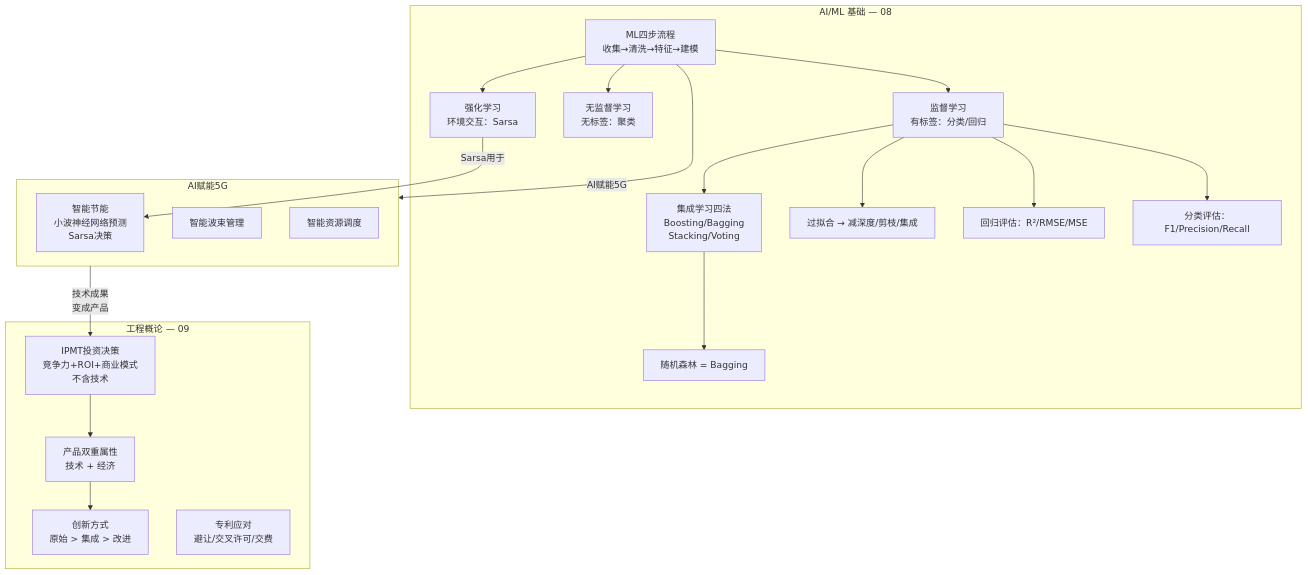
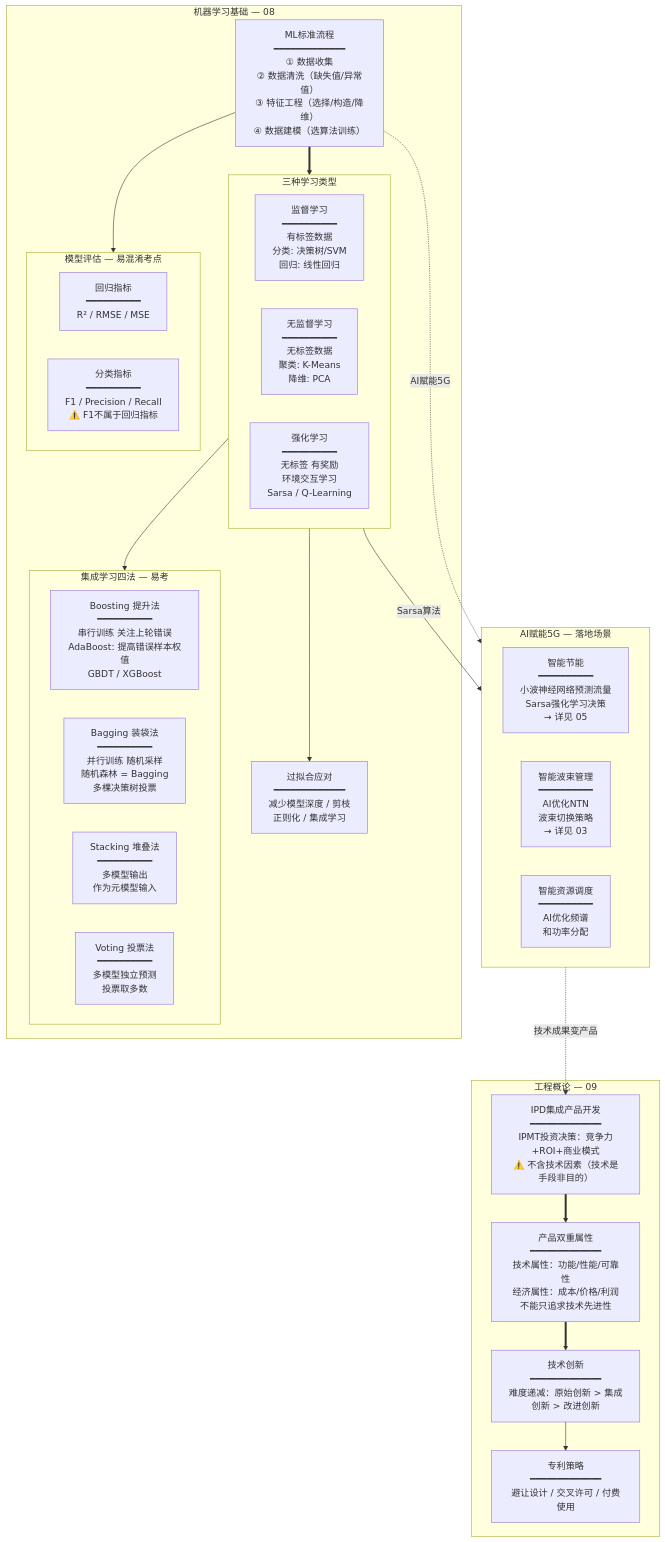
The fifth of 6 diagrams in 课程笔记/00-逻辑导图与记忆手册.md (luckywangyi/dtcup-2026-prep), drawn with Mermaid before and after one commit. The commit also changed other lines of this file and 40 other files, not shown here.

````diff
--- a/课程笔记/00-逻辑导图与记忆手册.md
+++ b/课程笔记/00-逻辑导图与记忆手册.md
@@ -328,39 +342,53 @@
 ```mermaid
-graph TD
-  subgraph ai [AI/ML 基础 — 08]
-    ml_flow["ML四步流程<br/>收集→清洗→特征→建模"]
-    supervised["监督学习<br/>有标签：分类/回归"]
-    unsupervised["无监督学习<br/>无标签：聚类"]
-    rl["强化学习<br/>环境交互：Sarsa"]
-    ensemble["集成学习四法<br/>Boosting/Bagging<br/>Stacking/Voting"]
-    rf["随机森林 = Bagging"]
-    overfit["过拟合 → 减深度/剪枝/集成"]
-    eval_reg["回归评估：R²/RMSE/MSE"]
-    eval_cls["分类评估：F1/Precision/Recall"]
-    ml_flow --> supervised
-    ml_flow --> unsupervised
-    ml_flow --> rl
-    supervised --> ensemble --> rf
+graph TB
+  subgraph ai [机器学习基础 — 08]
+    ml_flow["ML标准流程<br/>━━━━━━━━━━━━━<br/>① 数据收集<br/>② 数据清洗（缺失值/异常值）<br/>③ 特征工程（选择/构造/降维）<br/>④ 数据建模（选算法训练）"]
+
+    subgraph learnTypes [三种学习类型]
+      direction LR
+      supervised["监督学习<br/>━━━━━━━━━━<br/>有标签数据<br/>分类: 决策树/SVM<br/>回归: 线性回归"]
+      unsupervised["无监督学习<br/>━━━━━━━━━━<br/>无标签数据<br/>聚类: K-Means<br/>降维: PCA"]
+      rl["强化学习<br/>━━━━━━━━━━<br/>无标签 有奖励<br/>环境交互学习<br/>Sarsa / Q-Learning"]
+    end
+
+    subgraph ensemble_block [集成学习四法 — 易考]
+      direction LR
+      boosting["Boosting 提升法<br/>━━━━━━━━━━<br/>串行训练 关注上轮错误<br/>AdaBoost: 提高错误样本权值<br/>GBDT / XGBoost"]
+      bagging["Bagging 装袋法<br/>━━━━━━━━━━<br/>并行训练 随机采样<br/>随机森林 = Bagging<br/>多棵决策树投票"]
+      stacking["Stacking 堆叠法<br/>━━━━━━━━━━<br/>多模型输出<br/>作为元模型输入"]
+      voting["Voting 投票法<br/>━━━━━━━━━━<br/>多模型独立预测<br/>投票取多数"]
+    end
+
+    subgraph evalBlock [模型评估 — 易混淆考点]
+      direction LR
+      eval_reg["回归指标<br/>━━━━━━━━━━<br/>R² / RMSE / MSE"]
+      eval_cls["分类指标<br/>━━━━━━━━━━<br/>F1 / Precision / Recall<br/>⚠️ F1不属于回归指标"]
+    end
+
+    overfit["过拟合应对<br/>━━━━━━━━━━━━━<br/>减少模型深度 / 剪枝<br/>正则化 / 集成学习"]
+
+    ml_flow ==> learnTypes
+    supervised --> ensemble_block
     supervised --> overfit
-    supervised --> eval_reg
-    supervised --> eval_cls
+    ml_flow --> evalBlock
   end
 
-  subgraph apply [AI赋能5G]
-    energy_ai["智能节能<br/>小波神经网络预测<br/>Sarsa决策"]
-    beam_ai["智能波束管理"]
-    resource_ai["智能资源调度"]
+  subgraph apply [AI赋能5G — 落地场景]
+    direction LR
+    energy_ai["智能节能<br/>━━━━━━━━━━<br/>小波神经网络预测流量<br/>Sarsa强化学习决策<br/>→ 详见 05"]
+    beam_ai["智能波束管理<br/>━━━━━━━━━━<br/>AI优化NTN<br/>波束切换策略<br/>→ 详见 03"]
+    resource_ai["智能资源调度<br/>━━━━━━━━━━<br/>AI优化频谱<br/>和功率分配"]
   end
 
   subgraph eng [工程概论 — 09]
-    ipmt["IPMT投资决策<br/>竞争力+ROI+商业模式<br/>不含技术"]
-    dual["产品双重属性<br/>技术 + 经济"]
-    innovation["创新方式<br/>原始 > 集成 > 改进"]
-    patent["专利应对<br/>避让/交叉许可/交费"]
+    ipmt["IPD集成产品开发<br/>━━━━━━━━━━━━━<br/>IPMT投资决策：竞争力+ROI+商业模式<br/>⚠️ 不含技术因素（技术是手段非目的）"]
+    dual["产品双重属性<br/>━━━━━━━━━━━━━<br/>技术属性：功能/性能/可靠性<br/>经济属性：成本/价格/利润<br/>不能只追求技术先进性"]
+    innovation["技术创新<br/>━━━━━━━━━━━━━<br/>难度递减：原始创新 > 集成创新 > 改进创新"]
+    patent["专利策略<br/>━━━━━━━━━━━━━<br/>避让设计 / 交叉许可 / 付费使用"]
+    ipmt ==> dual ==> innovation --> patent
   end
 
-  rl -->|"Sarsa用于"| energy_ai
-  ml_flow -->|"AI赋能5G"| apply
-  apply -->|"技术成果<br/>变成产品"| ipmt
-  ipmt --> dual --> innovation
+  rl -->|"Sarsa算法"| energy_ai
+  ml_flow -.->|"AI赋能5G"| apply
+  apply -.->|"技术成果变产品"| ipmt
 ```
````
